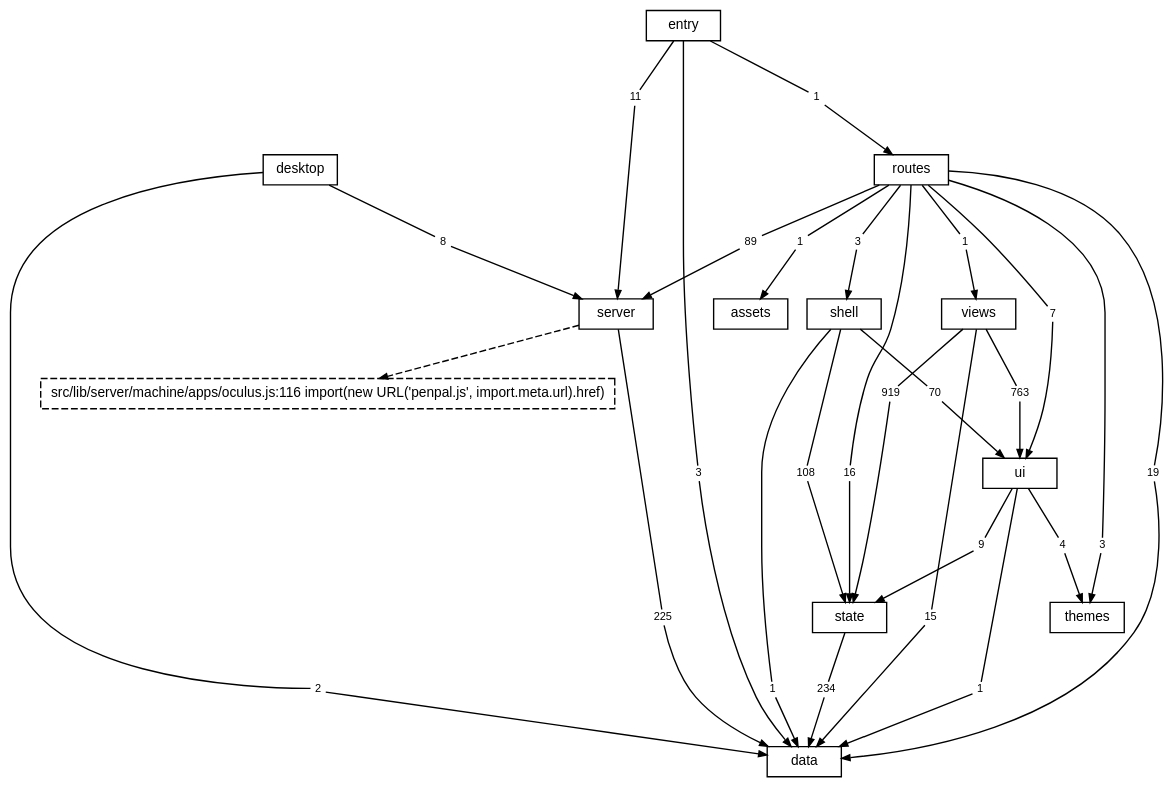
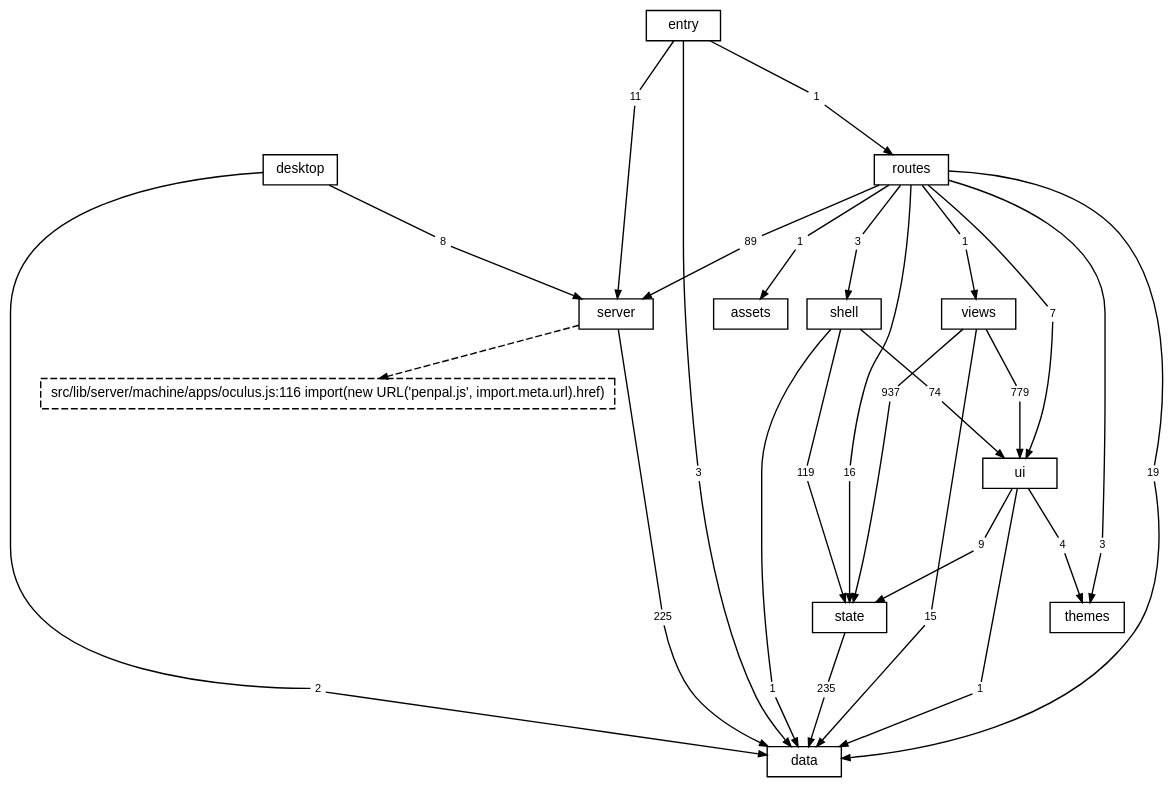
The diagram in docs/diagrams/layers.dot (TheAxeC/oculus), drawn with Graphviz before and after one commit. The commit also changed 241 other files, not shown here.

```diff
--- a/docs/diagrams/layers.dot
+++ b/docs/diagrams/layers.dot
@@ -1,90 +1,90 @@
 digraph layers {
     graph [bgcolor="transparent", rankdir=TB, newrank=true, fontname="Helvetica,Arial,sans-serif", fontsize=12, nodesep=0.2, ranksep=0.5];
     node [shape=box, color="black", fontcolor="black", fontname="Helvetica,Arial,sans-serif", fontsize=10, height=0.3, margin="0.12,0.04"];
     edge [color="black", fontcolor="black", fontname="Helvetica,Arial,sans-serif", fontsize=8, arrowsize=0.6];
     "data";
     "server";
     "state";
     "ui";
     "shell";
     "views";
     "themes";
     "routes";
     "desktop";
     "src" [label="entry"];
     "files: assets" [label="assets"];
     "? src/lib/server/machine/apps/oculus.js:116" [label="src/lib/server/machine/apps/oculus.js:116 import(new URL('penpal.js', import.meta.url).href)", style=dashed];
     "desktop to data" [label="2", shape=box, color="transparent", fontsize=8, width=0, height=0, margin="0.04,0.02"];
     "desktop" -> "desktop to data" [arrowhead=none];
     "desktop to data" -> "data" [];
     "desktop to server" [label="8", shape=box, color="transparent", fontsize=8, width=0, height=0, margin="0.04,0.02"];
     "desktop" -> "desktop to server" [arrowhead=none];
     "desktop to server" -> "server" [];
     "routes to data" [label="19", shape=box, color="transparent", fontsize=8, width=0, height=0, margin="0.04,0.02"];
     "routes" -> "routes to data" [arrowhead=none];
     "routes to data" -> "data" [];
     "routes to files: assets" [label="1", shape=box, color="transparent", fontsize=8, width=0, height=0, margin="0.04,0.02"];
     "routes" -> "routes to files: assets" [arrowhead=none];
     "routes to files: assets" -> "files: assets" [];
     "routes to server" [label="89", shape=box, color="transparent", fontsize=8, width=0, height=0, margin="0.04,0.02"];
     "routes" -> "routes to server" [arrowhead=none];
     "routes to server" -> "server" [];
     "routes to shell" [label="3", shape=box, color="transparent", fontsize=8, width=0, height=0, margin="0.04,0.02"];
     "routes" -> "routes to shell" [arrowhead=none];
     "routes to shell" -> "shell" [];
     "routes to state" [label="16", shape=box, color="transparent", fontsize=8, width=0, height=0, margin="0.04,0.02"];
     "routes" -> "routes to state" [arrowhead=none];
     "routes to state" -> "state" [];
     "routes to themes" [label="3", shape=box, color="transparent", fontsize=8, width=0, height=0, margin="0.04,0.02"];
     "routes" -> "routes to themes" [arrowhead=none];
     "routes to themes" -> "themes" [];
     "routes to ui" [label="7", shape=box, color="transparent", fontsize=8, width=0, height=0, margin="0.04,0.02"];
     "routes" -> "routes to ui" [arrowhead=none];
     "routes to ui" -> "ui" [];
     "routes to views" [label="1", shape=box, color="transparent", fontsize=8, width=0, height=0, margin="0.04,0.02"];
     "routes" -> "routes to views" [arrowhead=none];
     "routes to views" -> "views" [];
     "server to data" [label="225", shape=box, color="transparent", fontsize=8, width=0, height=0, margin="0.04,0.02"];
     "server" -> "server to data" [arrowhead=none];
     "server to data" -> "data" [];
     "shell to data" [label="1", shape=box, color="transparent", fontsize=8, width=0, height=0, margin="0.04,0.02"];
     "shell" -> "shell to data" [arrowhead=none];
     "shell to data" -> "data" [];
-    "shell to state" [label="108", shape=box, color="transparent", fontsize=8, width=0, height=0, margin="0.04,0.02"];
+    "shell to state" [label="119", shape=box, color="transparent", fontsize=8, width=0, height=0, margin="0.04,0.02"];
     "shell" -> "shell to state" [arrowhead=none];
     "shell to state" -> "state" [];
-    "shell to ui" [label="70", shape=box, color="transparent", fontsize=8, width=0, height=0, margin="0.04,0.02"];
+    "shell to ui" [label="74", shape=box, color="transparent", fontsize=8, width=0, height=0, margin="0.04,0.02"];
     "shell" -> "shell to ui" [arrowhead=none];
     "shell to ui" -> "ui" [];
     "src to data" [label="3", shape=box, color="transparent", fontsize=8, width=0, height=0, margin="0.04,0.02"];
     "src" -> "src to data" [arrowhead=none];
     "src to data" -> "data" [];
     "src to routes" [label="1", shape=box, color="transparent", fontsize=8, width=0, height=0, margin="0.04,0.02"];
     "src" -> "src to routes" [arrowhead=none];
     "src to routes" -> "routes" [];
     "src to server" [label="11", shape=box, color="transparent", fontsize=8, width=0, height=0, margin="0.04,0.02"];
     "src" -> "src to server" [arrowhead=none];
     "src to server" -> "server" [];
-    "state to data" [label="234", shape=box, color="transparent", fontsize=8, width=0, height=0, margin="0.04,0.02"];
+    "state to data" [label="235", shape=box, color="transparent", fontsize=8, width=0, height=0, margin="0.04,0.02"];
     "state" -> "state to data" [arrowhead=none];
     "state to data" -> "data" [];
     "ui to data" [label="1", shape=box, color="transparent", fontsize=8, width=0, height=0, margin="0.04,0.02"];
     "ui" -> "ui to data" [arrowhead=none];
     "ui to data" -> "data" [];
     "ui to state" [label="9", shape=box, color="transparent", fontsize=8, width=0, height=0, margin="0.04,0.02"];
     "ui" -> "ui to state" [arrowhead=none];
     "ui to state" -> "state" [];
     "ui to themes" [label="4", shape=box, color="transparent", fontsize=8, width=0, height=0, margin="0.04,0.02"];
     "ui" -> "ui to themes" [arrowhead=none];
     "ui to themes" -> "themes" [];
     "views to data" [label="15", shape=box, color="transparent", fontsize=8, width=0, height=0, margin="0.04,0.02"];
     "views" -> "views to data" [arrowhead=none];
     "views to data" -> "data" [];
-    "views to state" [label="919", shape=box, color="transparent", fontsize=8, width=0, height=0, margin="0.04,0.02"];
+    "views to state" [label="937", shape=box, color="transparent", fontsize=8, width=0, height=0, margin="0.04,0.02"];
     "views" -> "views to state" [arrowhead=none];
     "views to state" -> "state" [];
-    "views to ui" [label="763", shape=box, color="transparent", fontsize=8, width=0, height=0, margin="0.04,0.02"];
+    "views to ui" [label="779", shape=box, color="transparent", fontsize=8, width=0, height=0, margin="0.04,0.02"];
     "views" -> "views to ui" [arrowhead=none];
     "views to ui" -> "ui" [];
     "server" -> "? src/lib/server/machine/apps/oculus.js:116" [style=dashed];
 }
```
